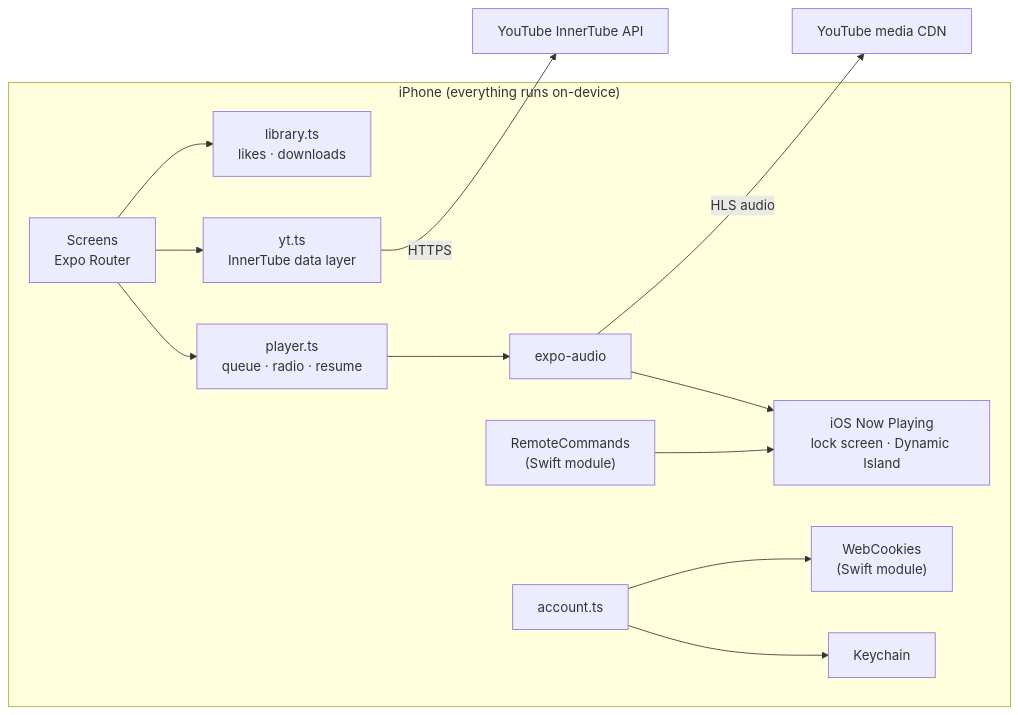
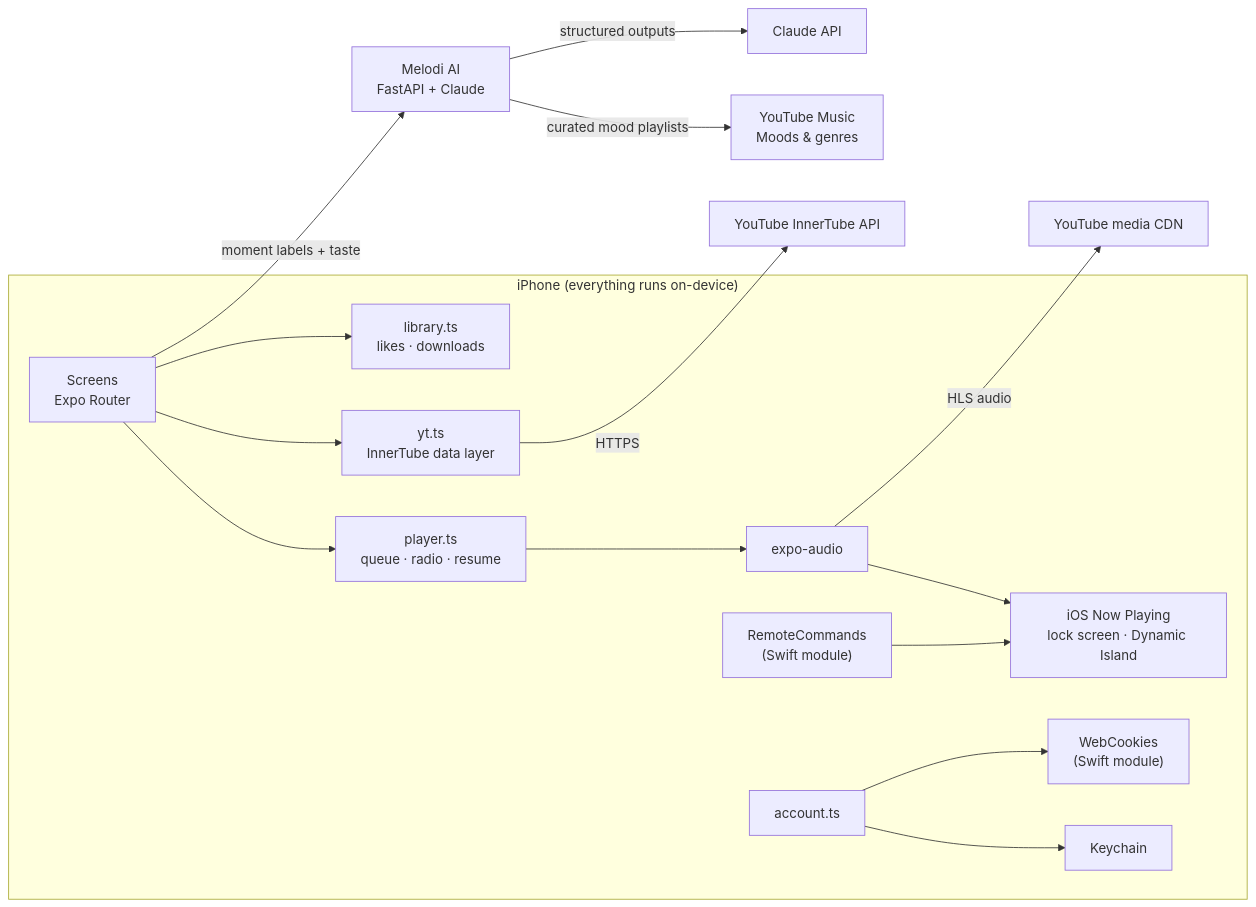
The diagram in README.md (nithin261829/melo), drawn with Mermaid before and after one commit. The commit also changed other lines of this file and 25 other files, not shown here.

````diff
--- a/README.md
+++ b/README.md
@@ -100,15 +111,18 @@
 ```mermaid
 flowchart LR
     subgraph Phone["iPhone (everything runs on-device)"]
         UI["Screens<br/>Expo Router"] --> Player["player.ts<br/>queue · radio · resume"]
         UI --> YT["yt.ts<br/>InnerTube data layer"]
         UI --> Lib["library.ts<br/>likes · downloads"]
         Player --> Audio["expo-audio"]
         Audio --> NP["iOS Now Playing<br/>lock screen · Dynamic Island"]
         RC["RemoteCommands<br/>(Swift module)"] --> NP
         Acc["account.ts"] --> KC["Keychain"]
         Acc --> WC["WebCookies<br/>(Swift module)"]
     end
     YT -- "HTTPS" --> IT["YouTube InnerTube API"]
     Audio -- "HLS audio" --> CDN["YouTube media CDN"]
+    UI -- "moment labels + taste" --> MA["Melodi AI<br/>FastAPI + Claude"]
+    MA -- "curated mood playlists" --> YTM["YouTube Music<br/>Moods & genres"]
+    MA -- "structured outputs" --> CL["Claude API"]
 ```
````
